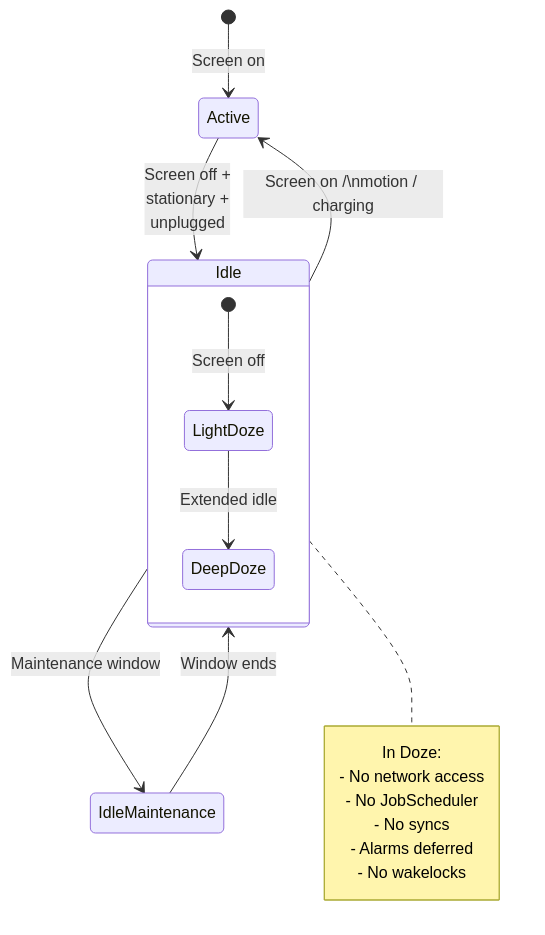
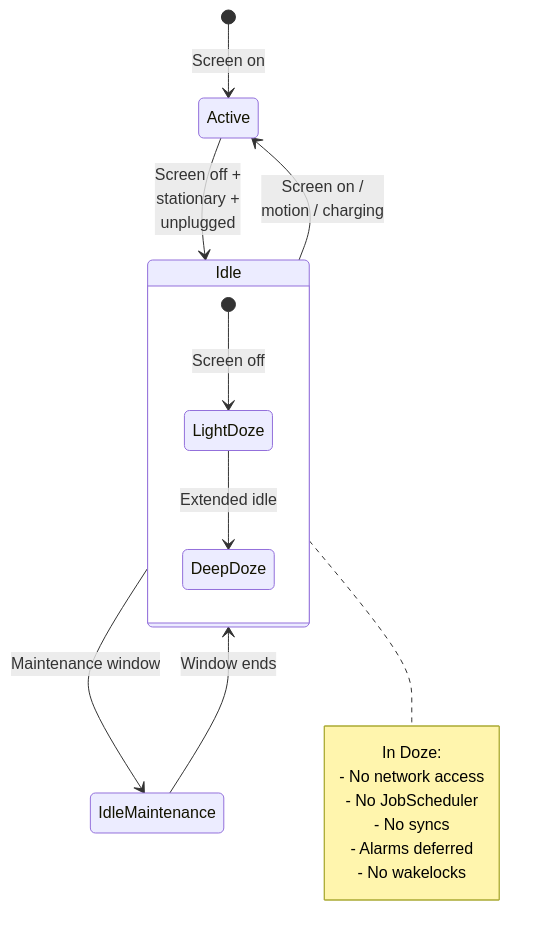
The second of 15 diagrams in 30-background-tasks.md (fwrite0920/aosp-internal-book), drawn with Mermaid before and after one commit. The commit also changed other lines of this file and 13 other files, not shown here.

First line of the commit message:
Fix Mermaid diagrams and formatting in Parts VII-VIII (chapters 26-39)

````diff
--- a/30-background-tasks.md
+++ b/30-background-tasks.md
@@ -131,22 +131,22 @@
 ```mermaid
 stateDiagram-v2
     [*] --> Active: Screen on
     Active --> Idle: Screen off +<br/>stationary +<br/>unplugged
     Idle --> IdleMaintenance: Maintenance window
     IdleMaintenance --> Idle: Window ends
-    Idle --> Active: Screen on /\nmotion / charging
+    Idle --> Active: Screen on /<br/>motion / charging
 
     state Idle {
         [*] --> LightDoze: Screen off
         LightDoze --> DeepDoze: Extended idle
     }
 
     note right of Idle
         In Doze:
         - No network access
         - No JobScheduler
         - No syncs
         - Alarms deferred
         - No wakelocks
     end note
 ```
````
